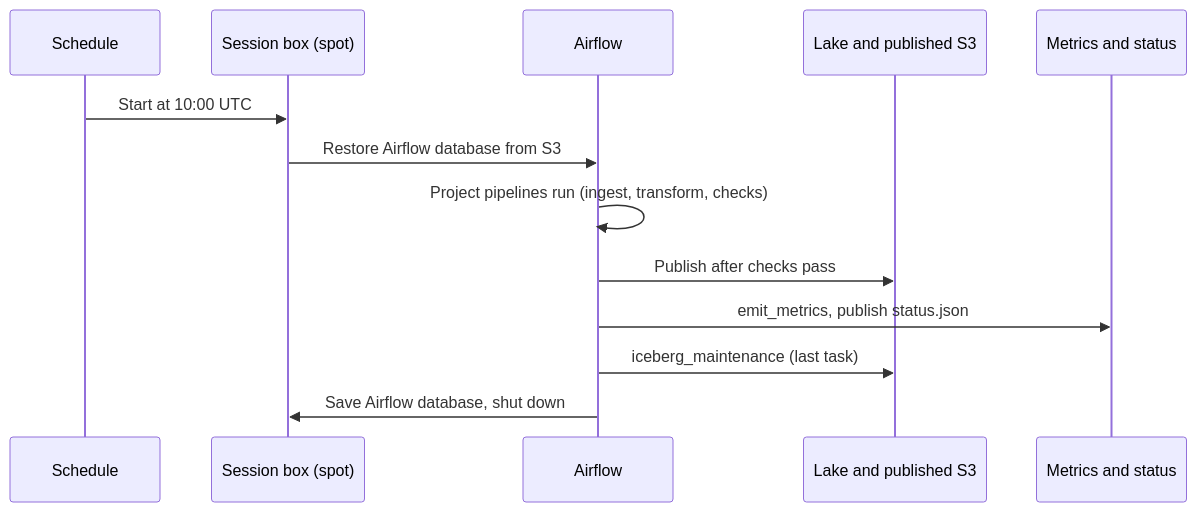
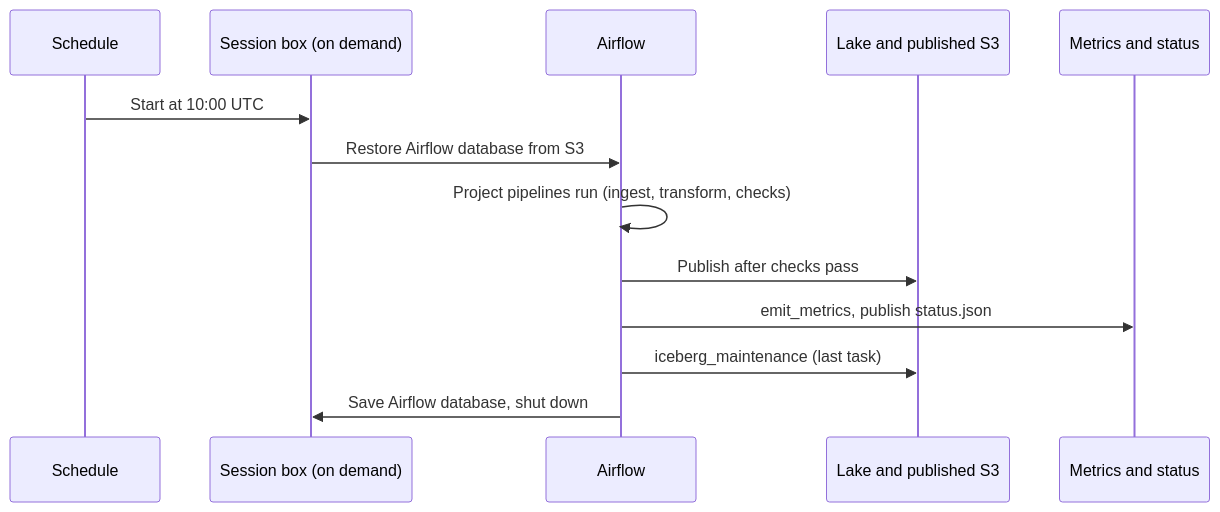
The fourth of 5 diagrams in docs/platform/design-doc.md (John-Wasikye/will-i-have-signal-out-there), drawn with Mermaid before and after one commit. The commit also changed other lines of this file and 11 other files, not shown here.

First line of the commit message:
Record the on-demand session box in the docs (ADR-0033)

````diff
--- a/docs/platform/design-doc.md
+++ b/docs/platform/design-doc.md
@@ -290,15 +290,15 @@
 ```mermaid
 sequenceDiagram
   participant S as Schedule
-  participant B as Session box (spot)
+  participant B as Session box (on demand)
   participant A as Airflow
   participant L as Lake and published S3
   participant M as Metrics and status
   S->>B: Start at 10:00 UTC
   B->>A: Restore Airflow database from S3
   A->>A: Project pipelines run (ingest, transform, checks)
   A->>L: Publish after checks pass
   A->>M: emit_metrics, publish status.json
   A->>L: iceberg_maintenance (last task)
   A->>B: Save Airflow database, shut down
 ```
````
